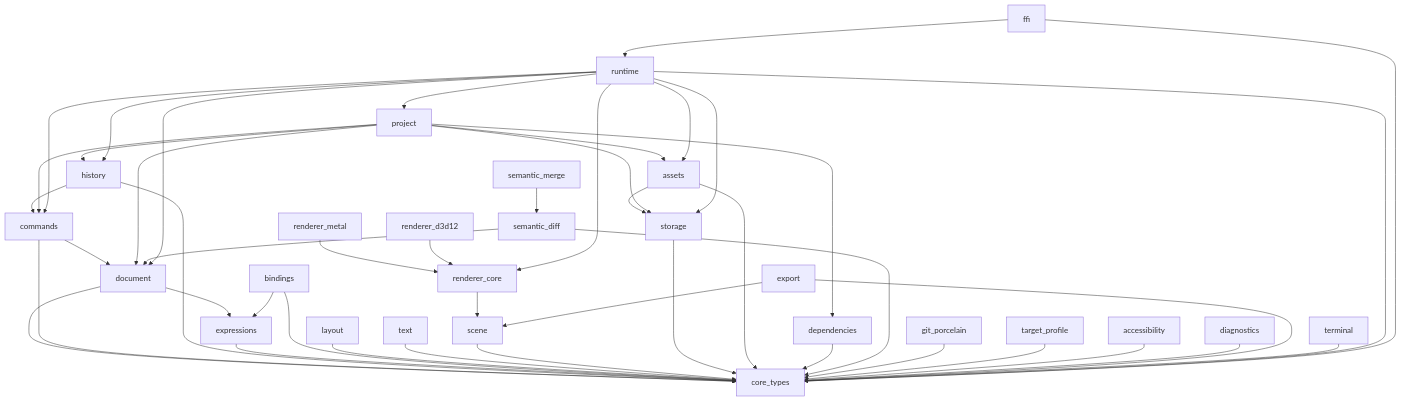
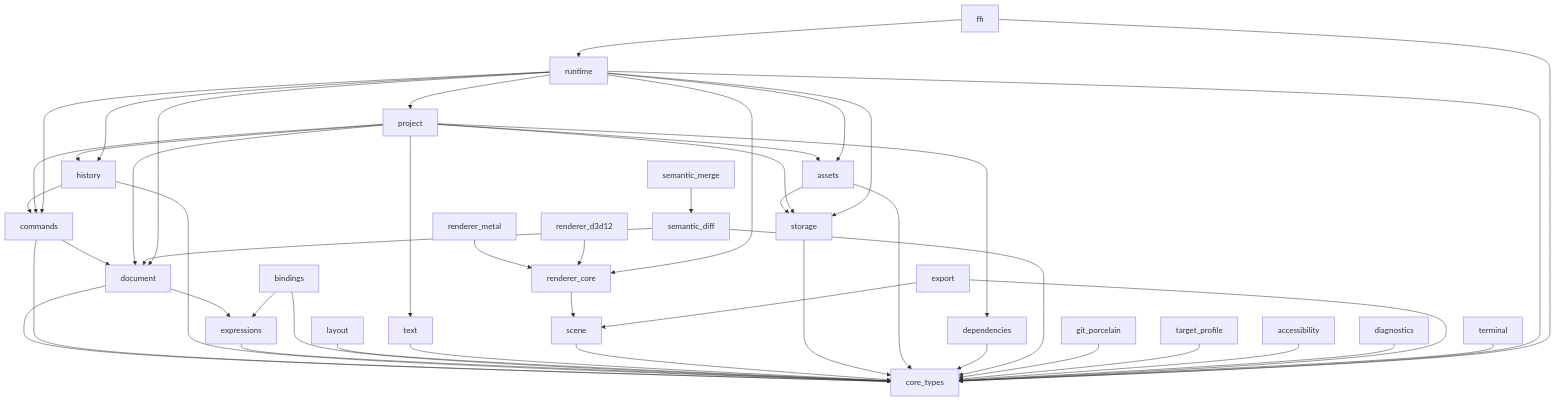
One commit to taeyoon0137/project-stellar changed the diagram in docs/architecture/crate-dependency-graph.md. Above: the diagram before and after it, drawn with Mermaid. The commit also changed other lines of this file and 1 other file, not shown here.

Commit message:
Chore: project→text 의존 허용(폰트 등록)

````diff
--- a/docs/architecture/crate-dependency-graph.md
+++ b/docs/architecture/crate-dependency-graph.md
@@ -40,48 +40,49 @@
 ```mermaid
 graph TD
   document --> core_types
   document --> expressions
   commands --> document
   commands --> core_types
   history --> commands
   history --> core_types
   expressions --> core_types
   bindings --> core_types
   bindings --> expressions
   layout --> core_types
   text --> core_types
   scene --> core_types
   renderer_core --> scene
   renderer_metal --> renderer_core
   renderer_d3d12 --> renderer_core
   storage --> core_types
   assets --> storage
   assets --> core_types
   dependencies --> core_types
   project --> document
   project --> storage
   project --> assets
   project --> dependencies
   project --> commands
   project --> history
+  project --> text
   semantic_diff --> document
   semantic_diff --> core_types
   semantic_merge --> semantic_diff
   git_porcelain --> core_types
   target_profile --> core_types
   accessibility --> core_types
   diagnostics --> core_types
   export --> core_types
   export --> scene
   terminal --> core_types
   runtime --> core_types
   runtime --> document
   runtime --> commands
   runtime --> history
   runtime --> project
   runtime --> storage
   runtime --> assets
   runtime --> renderer_core
   ffi --> core_types
   ffi --> runtime
 ```
````
